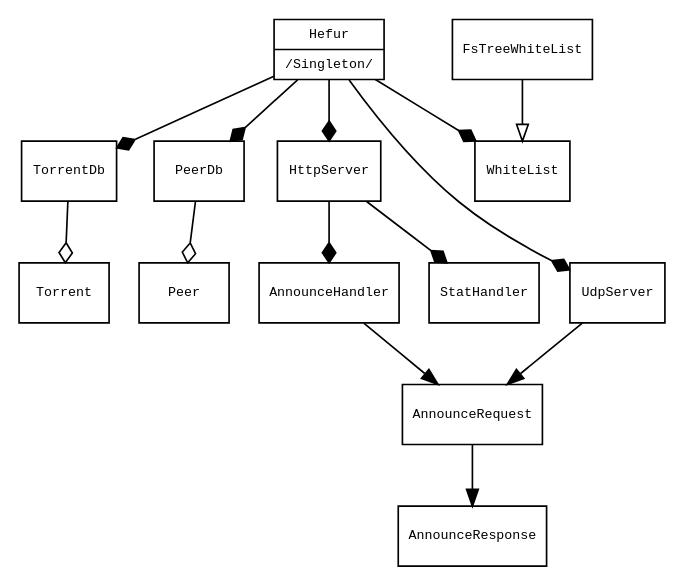
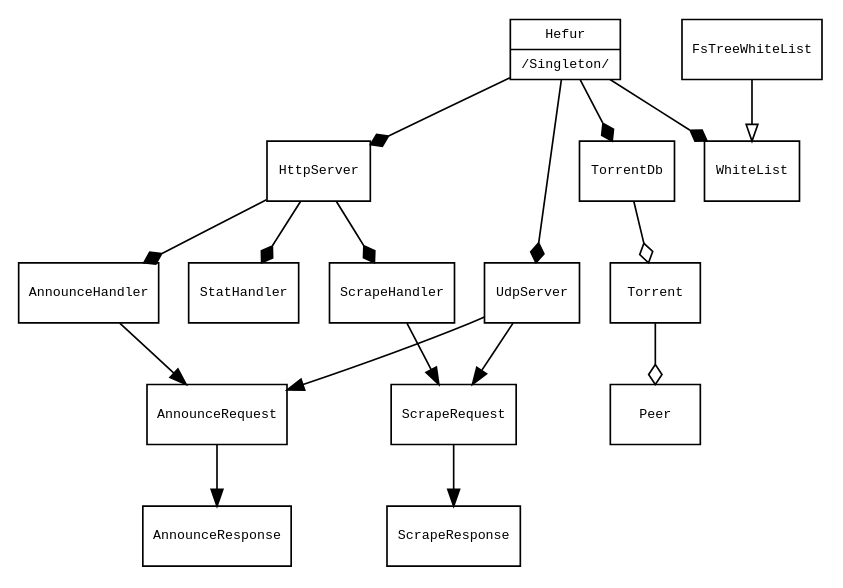
Before and after one commit to abique/hefur: the diagram in design.dot, drawn with Graphviz.

```diff
--- a/design.dot
+++ b/design.dot
@@ -1,44 +1,49 @@
 # dot -T png design.dot >design.png && xv design.png
 
 digraph Twinit
 {
         fontname="monospace";
         fontsize=8;
 
         node [fontname="monospace",fontsize=8,shape="record"];
         edge [fontname="monospace",fontsize=8,shape="record"];
 
         Hefur [shape=record,label="{Hefur|/Singleton/}"];
         TorrentDb;
         Torrent;
         Peer;
-        PeerDb;
         HttpServer;
+        AnnounceRequest;
+        AnnounceResponse;
         AnnounceHandler;
+        ScrapeRequest;
+        ScrapeResponse;
+        ScrapeHandler;
         StatHandler;
         UdpServer;
         WhiteList;
         FsTreeWhiteList;
-        AnnounceRequest;
-        AnnounceResponse;
 
-        Hefur -> PeerDb [arrowhead=diamond];
         Hefur -> TorrentDb [arrowhead=diamond];
         Hefur -> WhiteList [arrowhead=diamond];
         Hefur -> HttpServer [arrowhead=diamond];
         Hefur -> UdpServer [arrowhead=diamond];
 
-        PeerDb -> Peer [arrowhead=odiamond];
+        Torrent -> Peer [arrowhead=odiamond];
 
         TorrentDb -> Torrent [arrowhead=odiamond];
 
         HttpServer -> AnnounceHandler [arrowhead=diamond];
+        HttpServer -> ScrapeHandler [arrowhead=diamond];
         HttpServer -> StatHandler [arrowhead=diamond];
 
         FsTreeWhiteList -> WhiteList [arrowhead=onormal];
 
         AnnounceHandler -> AnnounceRequest;
+        ScrapeHandler -> ScrapeRequest;
         UdpServer -> AnnounceRequest;
+        UdpServer -> ScrapeRequest;
 
         AnnounceRequest -> AnnounceResponse;
+        ScrapeRequest -> ScrapeResponse;
 }
```
